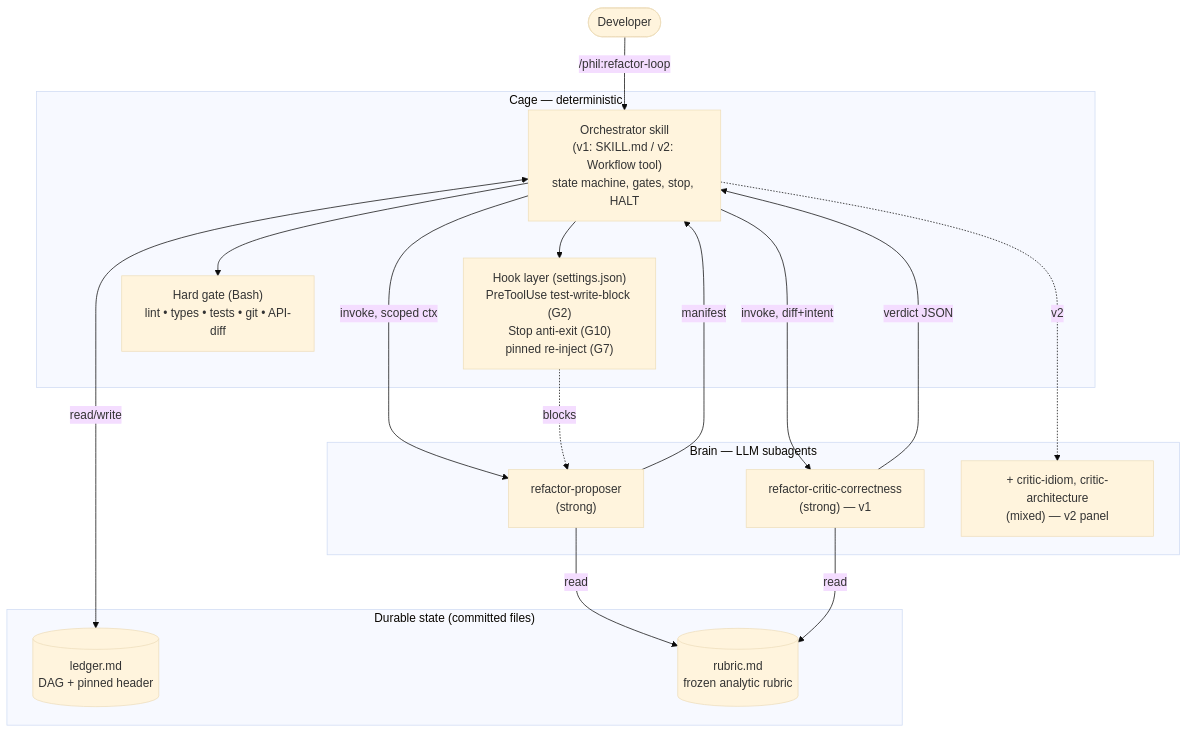
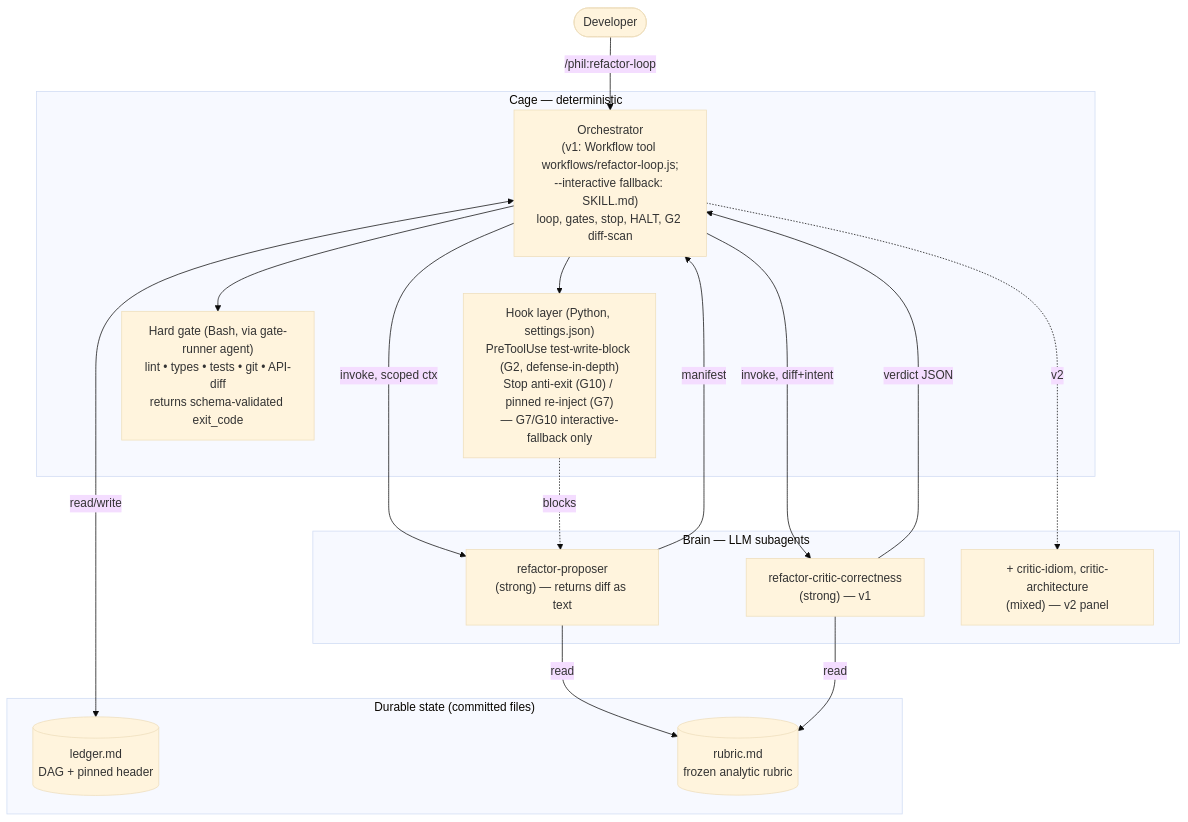
Before and after one commit to pmvanev/phil-claude-plugin: the first of 2 diagrams in docs/design/refactor-loop/architecture.md, drawn with Mermaid (base theme). The commit also changed other lines of this file and 16 other files, not shown here.

First line of the commit message:
Pivot refactor-loop to Workflow substrate; Python hooks; reconcile docs

````diff
--- a/docs/design/refactor-loop/architecture.md
+++ b/docs/design/refactor-loop/architecture.md
@@ -463,33 +479,33 @@
 ```mermaid
 flowchart TB
   user([Developer]) -->|/phil:refactor-loop| ORCH
 
   subgraph CAGE["Cage — deterministic"]
-    ORCH["Orchestrator skill<br/>(v1: SKILL.md / v2: Workflow tool)<br/>state machine, gates, stop, HALT"]
-    HOOKS["Hook layer (settings.json)<br/>PreToolUse test-write-block (G2)<br/>Stop anti-exit (G10)<br/>pinned re-inject (G7)"]
-    BASH["Hard gate (Bash)<br/>lint • types • tests • git • API-diff"]
+    ORCH["Orchestrator<br/>(v1: Workflow tool workflows/refactor-loop.js;<br/>--interactive fallback: SKILL.md)<br/>loop, gates, stop, HALT, G2 diff-scan"]
+    HOOKS["Hook layer (Python, settings.json)<br/>PreToolUse test-write-block (G2, defense-in-depth)<br/>Stop anti-exit (G10) / pinned re-inject (G7)<br/>— G7/G10 interactive-fallback only"]
+    GATE["Hard gate (Bash, via gate-runner agent)<br/>lint • types • tests • git • API-diff<br/>returns schema-validated exit_code"]
   end
 
   subgraph BRAIN["Brain — LLM subagents"]
-    PROP["refactor-proposer<br/>(strong)"]
+    PROP["refactor-proposer<br/>(strong) — returns diff as text"]
     CRIT["refactor-critic-correctness<br/>(strong) — v1"]
     PANEL["+ critic-idiom, critic-architecture<br/>(mixed) — v2 panel"]
   end
 
   subgraph STATE["Durable state (committed files)"]
     LEDGER[("ledger.md<br/>DAG + pinned header")]
     RUBRIC[("rubric.md<br/>frozen analytic rubric")]
   end
 
   ORCH --> HOOKS
-  ORCH --> BASH
+  ORCH --> GATE
   ORCH -->|invoke, scoped ctx| PROP
   ORCH -->|invoke, diff+intent| CRIT
   ORCH -.v2.-> PANEL
   PROP -->|manifest| ORCH
   CRIT -->|verdict JSON| ORCH
   ORCH <-->|read/write| LEDGER
   PROP -->|read| RUBRIC
   CRIT -->|read| RUBRIC
   HOOKS -.blocks.-> PROP
 ```
````
